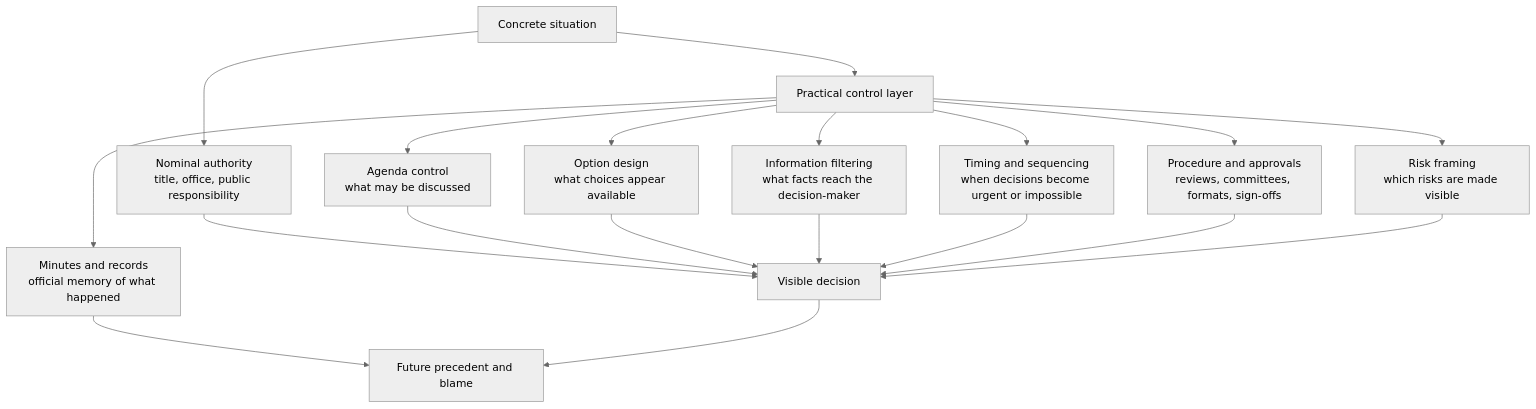
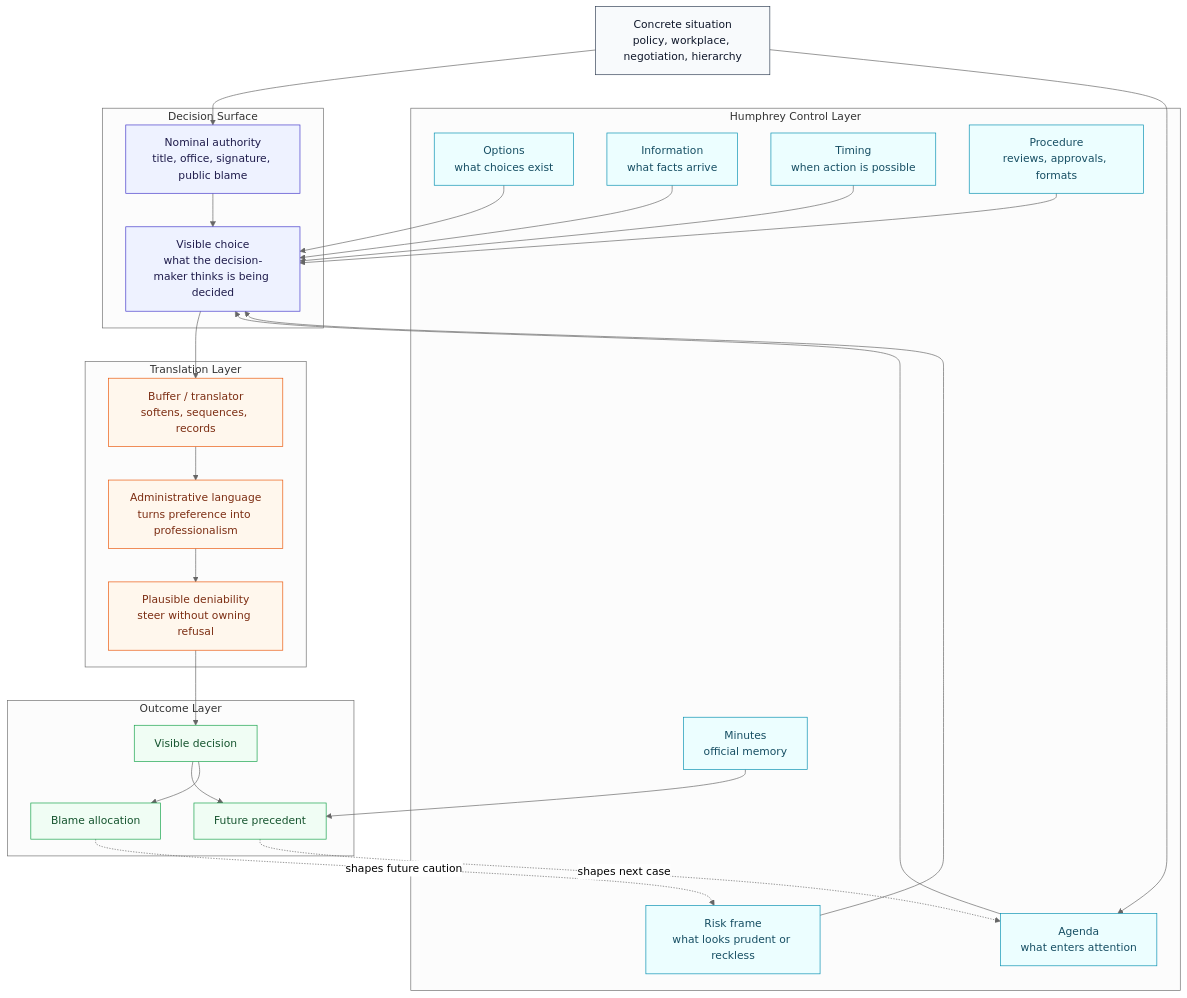
The third of 8 diagrams in README.md (Mingfius-Song/GCMG-ladder_to_apotheosis-skill), drawn with Mermaid (neutral theme) before and after one commit. The commit also changed other lines of this file, not shown here.

Commit message:
Refine Humphrey and Arnold diagrams with layered architecture

````diff
--- a/README.md
+++ b/README.md
@@ -148,23 +148,56 @@
 ```mermaid
-flowchart TD
-    Situation["Concrete situation"] --> FormalPower["Nominal authority<br/>title, office, public responsibility"]
-    Situation --> ControlLayer["Practical control layer"]
+flowchart TB
+    Situation["Concrete situation<br/>policy, workplace, negotiation, hierarchy"]:::input
 
-    ControlLayer --> Agenda["Agenda control<br/>what may be discussed"]
-    ControlLayer --> Options["Option design<br/>what choices appear available"]
-    ControlLayer --> Info["Information filtering<br/>what facts reach the decision-maker"]
-    ControlLayer --> Timing["Timing and sequencing<br/>when decisions become urgent or impossible"]
-    ControlLayer --> Procedure["Procedure and approvals<br/>reviews, committees, formats, sign-offs"]
-    ControlLayer --> Minutes["Minutes and records<br/>official memory of what happened"]
-    ControlLayer --> Risk["Risk framing<br/>which risks are made visible"]
+    subgraph Surface["Decision Surface"]
+        FormalPower["Nominal authority<br/>title, office, signature, public blame"]:::surface
+        VisibleChoice["Visible choice<br/>what the decision-maker thinks is being decided"]:::surface
+    end
 
-    FormalPower --> Decision["Visible decision"]
-    Agenda --> Decision
-    Options --> Decision
-    Info --> Decision
-    Timing --> Decision
-    Procedure --> Decision
-    Minutes --> Future["Future precedent and blame"]
-    Risk --> Decision
-    Decision --> Future
+    subgraph Control["Humphrey Control Layer"]
+        Agenda["Agenda<br/>what enters attention"]:::lever
+        Options["Options<br/>what choices exist"]:::lever
+        Information["Information<br/>what facts arrive"]:::lever
+        Timing["Timing<br/>when action is possible"]:::lever
+        Procedure["Procedure<br/>reviews, approvals, formats"]:::lever
+        Risk["Risk frame<br/>what looks prudent or reckless"]:::lever
+        Minutes["Minutes<br/>official memory"]:::lever
+    end
+
+    subgraph Translation["Translation Layer"]
+        Bernard["Buffer / translator<br/>softens, sequences, records"]:::translator
+        Language["Administrative language<br/>turns preference into professionalism"]:::translator
+        Deniability["Plausible deniability<br/>steer without owning refusal"]:::translator
+    end
+
+    subgraph Output["Outcome Layer"]
+        Decision["Visible decision"]:::output
+        Precedent["Future precedent"]:::output
+        Blame["Blame allocation"]:::output
+    end
+
+    Situation --> FormalPower
+    Situation --> Agenda
+    FormalPower --> VisibleChoice
+    Agenda --> VisibleChoice
+    Options --> VisibleChoice
+    Information --> VisibleChoice
+    Timing --> VisibleChoice
+    Procedure --> VisibleChoice
+    Risk --> VisibleChoice
+    Minutes --> Precedent
+    VisibleChoice --> Bernard
+    Bernard --> Language
+    Language --> Deniability
+    Deniability --> Decision
+    Decision --> Precedent
+    Decision --> Blame
+    Precedent -.shapes next case.-> Agenda
+    Blame -.shapes future caution.-> Risk
+
+    classDef input fill:#f8fafc,stroke:#334155,stroke-width:1px,color:#0f172a
+    classDef surface fill:#eef2ff,stroke:#4338ca,stroke-width:1px,color:#1e1b4b
+    classDef lever fill:#ecfeff,stroke:#0891b2,stroke-width:1px,color:#164e63
+    classDef translator fill:#fff7ed,stroke:#ea580c,stroke-width:1px,color:#7c2d12
+    classDef output fill:#f0fdf4,stroke:#16a34a,stroke-width:1px,color:#14532d
 ```
````
